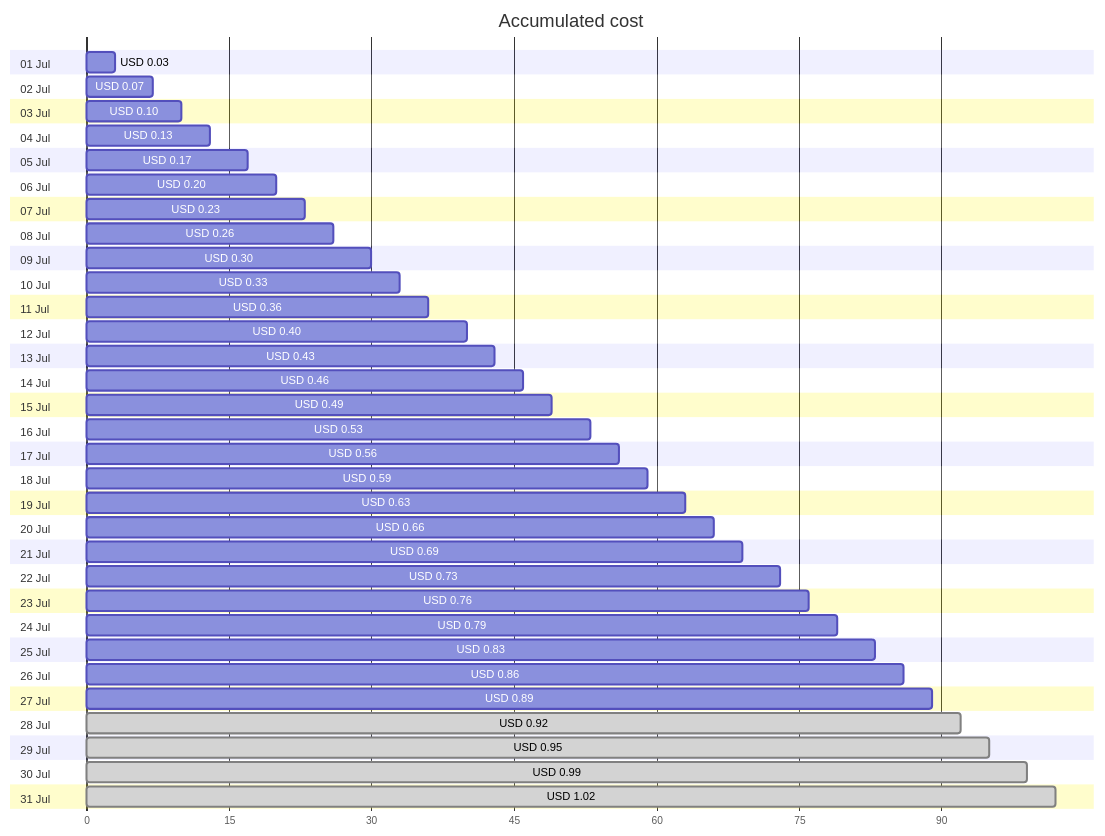
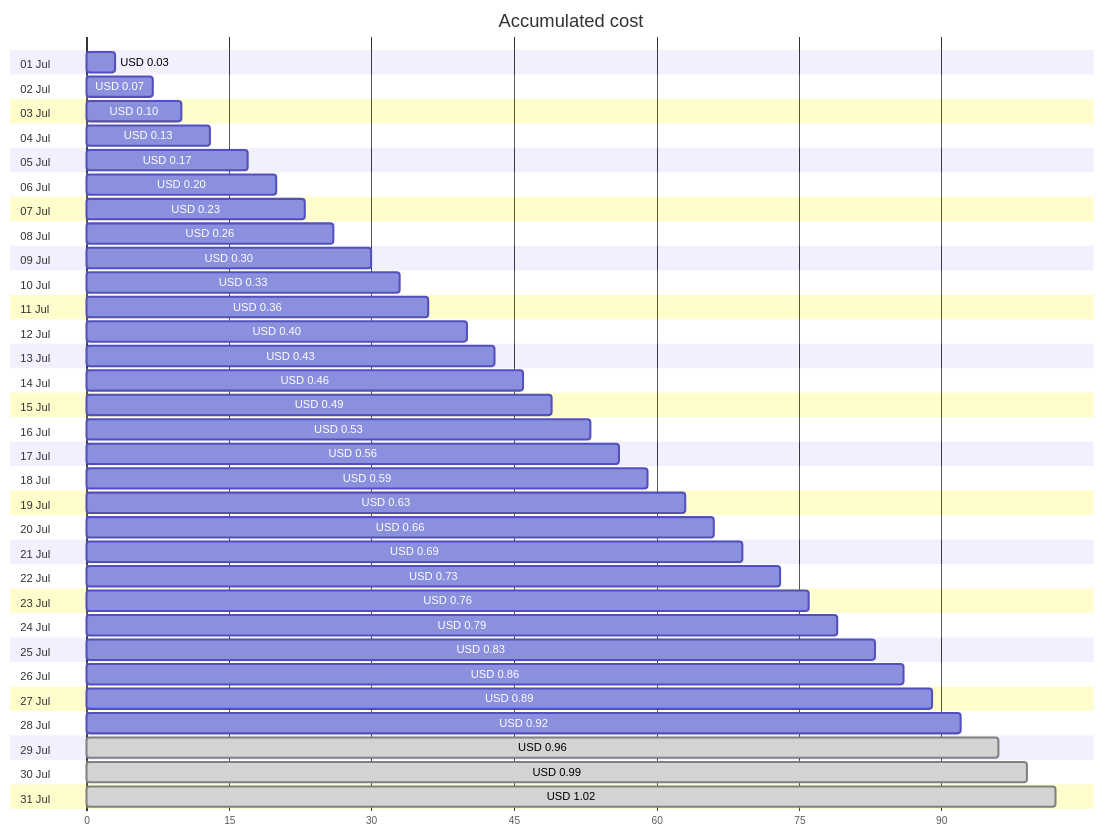
The first of 4 diagrams in cost-reports/personal-dns/README.md (jpfulton/azure-personal-reports), drawn with Mermaid before and after one commit. The commit also changed other lines of this file and 2 other files, not shown here.

````diff
--- a/cost-reports/personal-dns/README.md
+++ b/cost-reports/personal-dns/README.md
@@ -20,68 +20,68 @@
 ```mermaid
 gantt
    title Accumulated cost
    dateFormat  X
    axisFormat %s
    section 01 Jul
    USD 0.03 :0, 3
    section 02 Jul
    USD 0.07 :0, 7
    section 03 Jul
    USD 0.10 :0, 10
    section 04 Jul
    USD 0.13 :0, 13
    section 05 Jul
    USD 0.17 :0, 17
    section 06 Jul
    USD 0.20 :0, 20
    section 07 Jul
    USD 0.23 :0, 23
    section 08 Jul
    USD 0.26 :0, 26
    section 09 Jul
    USD 0.30 :0, 30
    section 10 Jul
    USD 0.33 :0, 33
    section 11 Jul
    USD 0.36 :0, 36
    section 12 Jul
    USD 0.40 :0, 40
    section 13 Jul
    USD 0.43 :0, 43
    section 14 Jul
    USD 0.46 :0, 46
    section 15 Jul
    USD 0.49 :0, 49
    section 16 Jul
    USD 0.53 :0, 53
    section 17 Jul
    USD 0.56 :0, 56
    section 18 Jul
    USD 0.59 :0, 59
    section 19 Jul
    USD 0.63 :0, 63
    section 20 Jul
    USD 0.66 :0, 66
    section 21 Jul
    USD 0.69 :0, 69
    section 22 Jul
    USD 0.73 :0, 73
    section 23 Jul
    USD 0.76 :0, 76
    section 24 Jul
    USD 0.79 :0, 79
    section 25 Jul
    USD 0.83 :0, 83
    section 26 Jul
    USD 0.86 :0, 86
    section 27 Jul
    USD 0.89 :0, 89
    section 28 Jul
-   USD 0.92 : done, 0, 92
+   USD 0.92 :0, 92
    section 29 Jul
-   USD 0.95 : done, 0, 95
+   USD 0.96 : done, 0, 96
    section 30 Jul
    USD 0.99 : done, 0, 99
    section 31 Jul
    USD 1.02 : done, 0, 102
 ```
````
